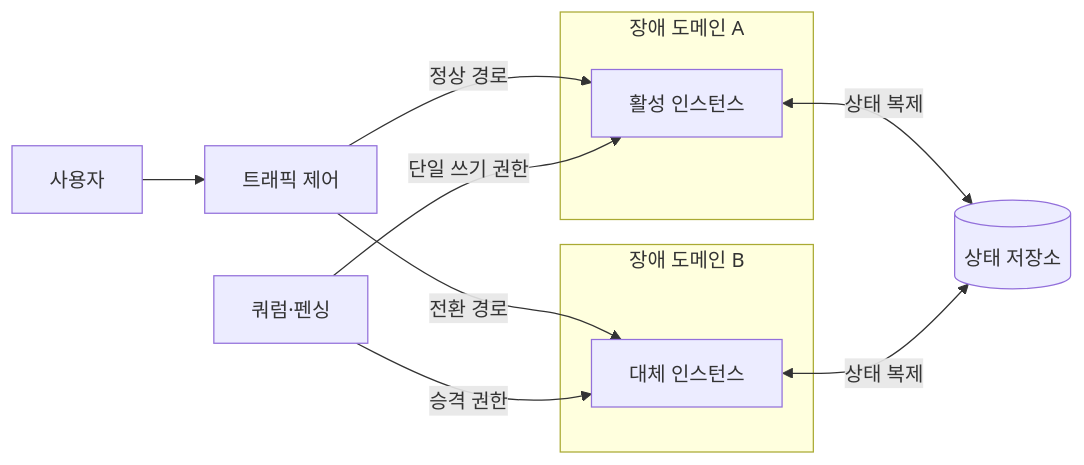
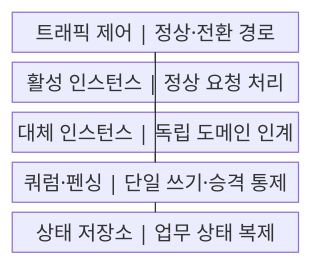
One commit to agnusdei1207/knowledge-base changed the first of 2 diagrams in src/content/docs/notes/03-software/198_high_availability_design.md. Above: the diagram before and after it, drawn with Mermaid. The commit also changed other lines of this file and 20 other files, not shown here.

````diff
--- a/src/content/docs/notes/03-software/198_high_availability_design.md
+++ b/src/content/docs/notes/03-software/198_high_availability_design.md
@@ -58,20 +58,14 @@
 ```mermaid
-flowchart LR
-    U[사용자]
-    T[트래픽 제어]
-    subgraph A[장애 도메인 A]
-        N1[활성 인스턴스]
-    end
-    subgraph B[장애 도메인 B]
-        N2[대체 인스턴스]
-    end
-    Q[쿼럼·펜싱]
-    S[(상태 저장소)]
-    U --> T
-    T -->|정상 경로| N1
-    T -->|전환 경로| N2
-    Q -->|단일 쓰기 권한| N1
-    Q -->|승격 권한| N2
-    N1 <-->|상태 복제| S
-    N2 <-->|상태 복제| S
+block
+    columns 1
+    A["트래픽 제어 | 정상·전환 경로"]
+    B["활성 인스턴스 | 정상 요청 처리"]
+    C["대체 인스턴스 | 독립 도메인 인계"]
+    D["쿼럼·펜싱 | 단일 쓰기·승격 통제"]
+    E["상태 저장소 | 업무 상태 복제"]
+    A --- B
+    A --- C
+    B --- D
+    C --- D
+    D --- E
 ```
````
